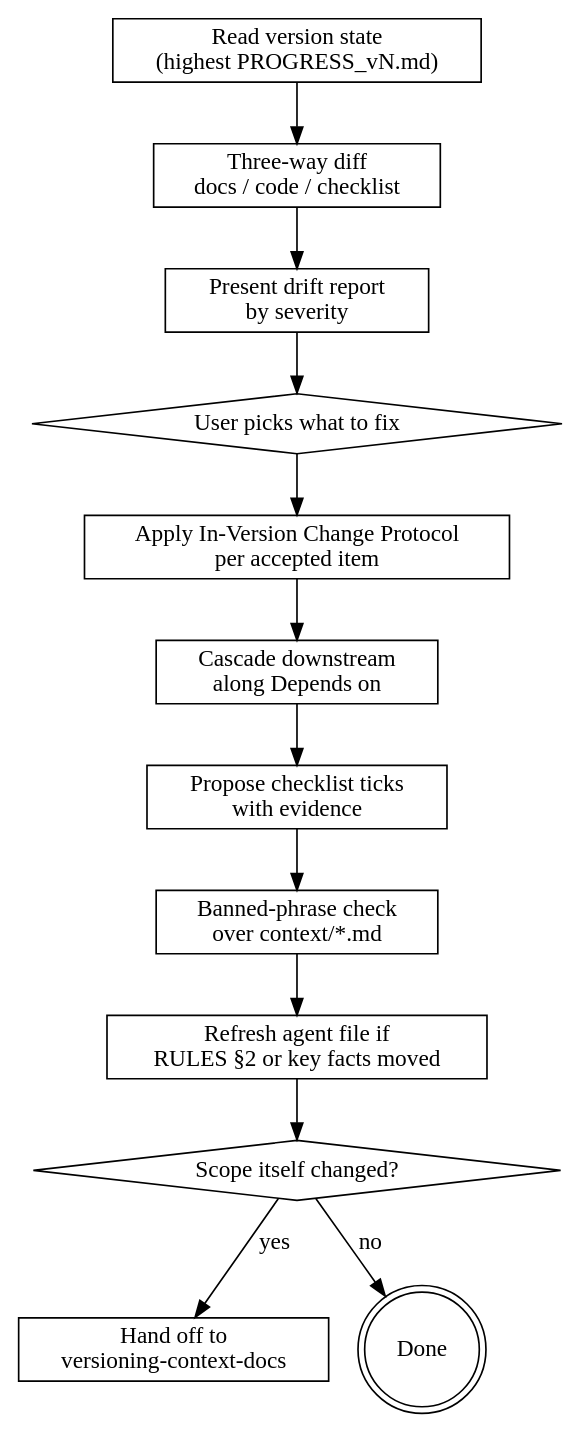
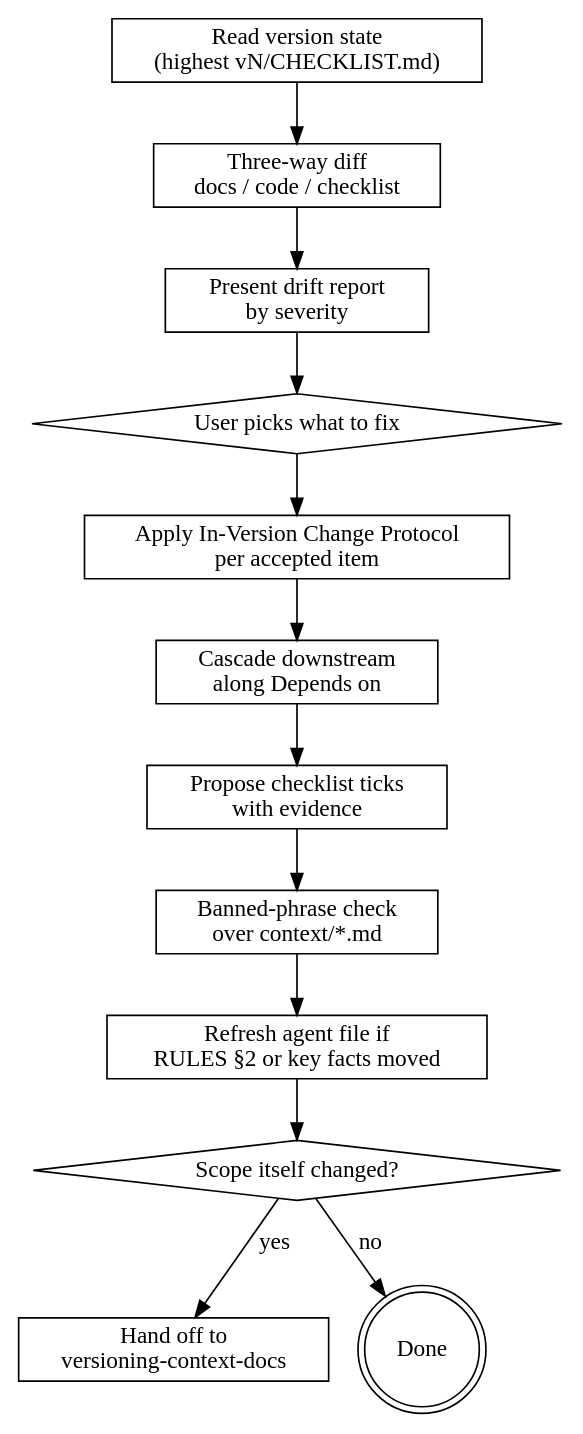
Before and after one commit to gbcstro/context-docs-kit: the diagram in skills/aligning-context-docs/SKILL.md, drawn with Graphviz. The commit also changed other lines of this file and 73 other files, not shown here.

First line of the commit message:
feat: per-version PROGRESS folders, project-scoped companion installs

````diff
--- a/skills/aligning-context-docs/SKILL.md
+++ b/skills/aligning-context-docs/SKILL.md
@@ -45,28 +45,28 @@
 ```dot
 digraph align {
-    "Read version state\n(highest PROGRESS_vN.md)" [shape=box];
+    "Read version state\n(highest vN/CHECKLIST.md)" [shape=box];
     "Three-way diff\ndocs / code / checklist" [shape=box];
     "Present drift report\nby severity" [shape=box];
     "User picks what to fix" [shape=diamond];
     "Apply In-Version Change Protocol\nper accepted item" [shape=box];
     "Cascade downstream\nalong Depends on" [shape=box];
     "Propose checklist ticks\nwith evidence" [shape=box];
     "Banned-phrase check\nover context/*.md" [shape=box];
     "Refresh agent file if\nRULES §2 or key facts moved" [shape=box];
     "Scope itself changed?" [shape=diamond];
     "Hand off to\nversioning-context-docs" [shape=box];
     "Done" [shape=doublecircle];
 
-    "Read version state\n(highest PROGRESS_vN.md)" -> "Three-way diff\ndocs / code / checklist";
+    "Read version state\n(highest vN/CHECKLIST.md)" -> "Three-way diff\ndocs / code / checklist";
     "Three-way diff\ndocs / code / checklist" -> "Present drift report\nby severity";
     "Present drift report\nby severity" -> "User picks what to fix";
     "User picks what to fix" -> "Apply In-Version Change Protocol\nper accepted item";
     "Apply In-Version Change Protocol\nper accepted item" -> "Cascade downstream\nalong Depends on";
     "Cascade downstream\nalong Depends on" -> "Propose checklist ticks\nwith evidence";
     "Propose checklist ticks\nwith evidence" -> "Banned-phrase check\nover context/*.md";
     "Banned-phrase check\nover context/*.md" -> "Refresh agent file if\nRULES §2 or key facts moved";
     "Refresh agent file if\nRULES §2 or key facts moved" -> "Scope itself changed?";
     "Scope itself changed?" -> "Hand off to\nversioning-context-docs" [label="yes"];
     "Scope itself changed?" -> "Done" [label="no"];
 }
 ```
````
